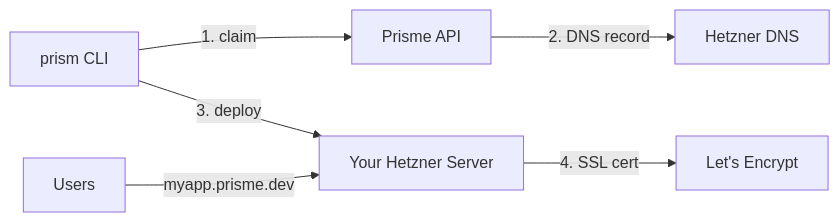
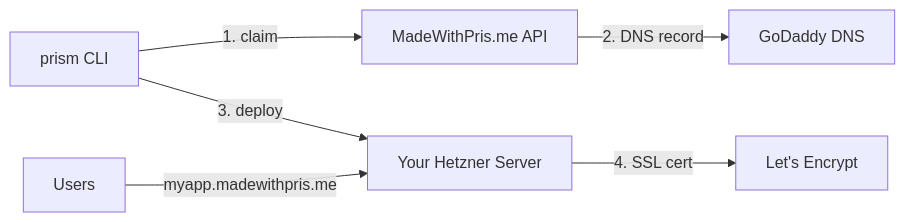
The diagram in docs/index.md (Lasse-numerous/prisme-saas), drawn with Mermaid before and after one commit. The commit also changed other lines of this file and 23 other files, not shown here.

````diff
--- a/docs/index.md
+++ b/docs/index.md
@@ -20,8 +20,8 @@
 ```mermaid
 flowchart LR
-    CLI[prism CLI] -->|1. claim| API[Prisme API]
-    API -->|2. DNS record| DNS[Hetzner DNS]
+    CLI[prism CLI] -->|1. claim| API[MadeWithPris.me API]
+    API -->|2. DNS record| DNS[GoDaddy DNS]
     CLI -->|3. deploy| Server[Your Hetzner Server]
     Server -->|4. SSL cert| LE[Let's Encrypt]
-    Browser[Users] -->|myapp.prisme.dev| Server
+    Browser[Users] -->|myapp.madewithpris.me| Server
 ```
````
